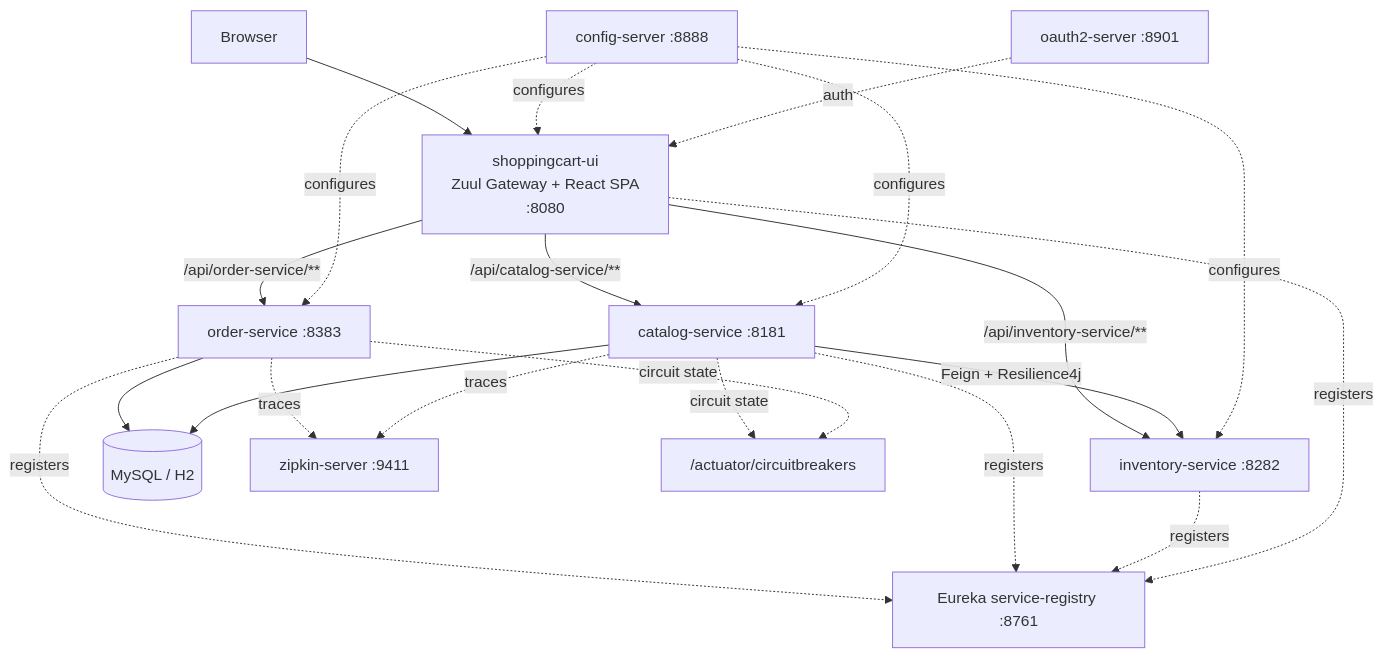
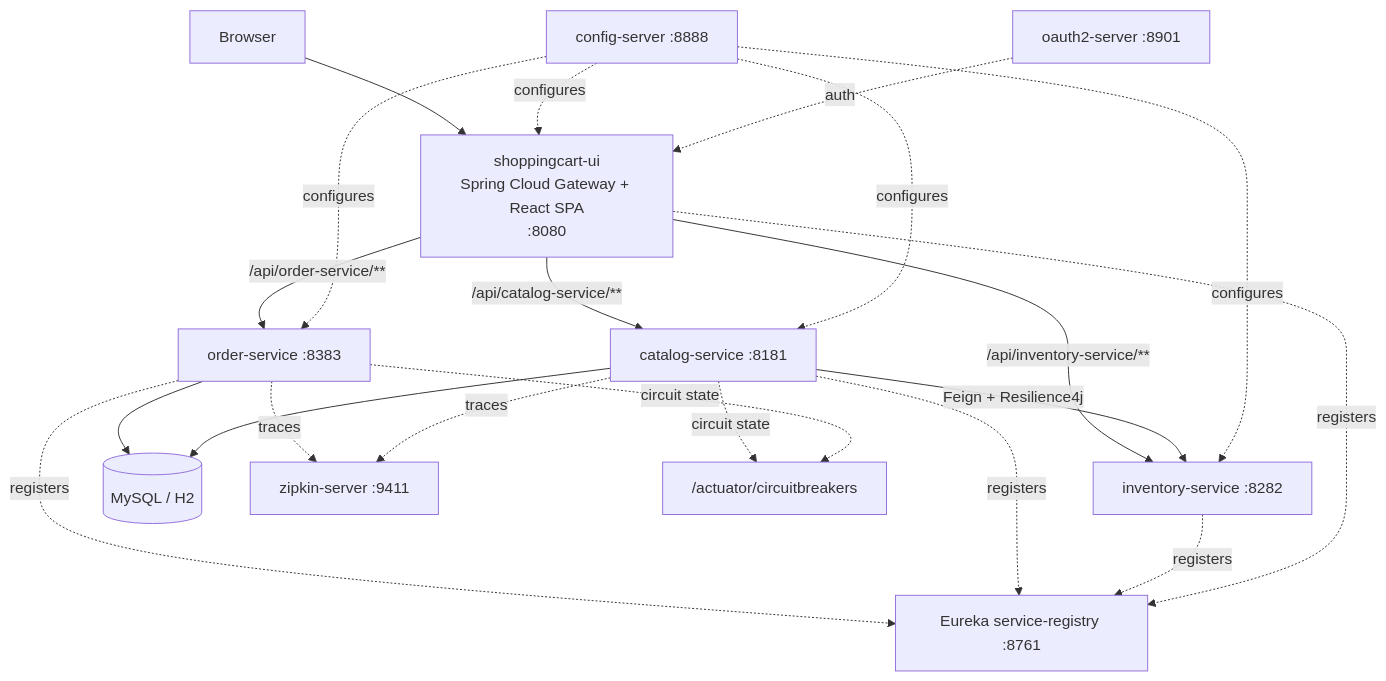
One commit to tanmaymish/doms-order-service changed the first of 2 diagrams in README.md. Above: the diagram before and after it, drawn with Mermaid. The commit also changed other lines of this file and 42 other files, not shown here.

````diff
--- a/README.md
+++ b/README.md
@@ -59,30 +60,30 @@
 ```mermaid
 graph TD
-    Client[Browser] --> UI["shoppingcart-ui<br/>Zuul Gateway + React SPA<br/>:8080"]
+    Client[Browser] --> UI["shoppingcart-ui<br/>Spring Cloud Gateway + React SPA<br/>:8080"]
 
     UI -->|/api/order-service/**| Orders[order-service :8383]
     UI -->|/api/catalog-service/**| Catalog[catalog-service :8181]
     UI -->|/api/inventory-service/**| Inventory[inventory-service :8282]
 
     Orders --> DB[(MySQL / H2)]
     Catalog -->|Feign + Resilience4j| Inventory
     Catalog --> DB
 
     Orders -.registers.-> Registry[Eureka service-registry :8761]
     Catalog -.registers.-> Registry
     Inventory -.registers.-> Registry
     UI -.registers.-> Registry
 
     Config[config-server :8888] -.configures.-> Orders
     Config -.configures.-> Catalog
     Config -.configures.-> Inventory
     Config -.configures.-> UI
 
     Orders -.traces.-> Zipkin[zipkin-server :9411]
     Catalog -.traces.-> Zipkin
 
     Catalog -.circuit state.-> Actuator["/actuator/circuitbreakers"]
     Orders -.circuit state.-> Actuator
 
     OAuth[oauth2-server :8901] -.auth.-> UI
 ```
````
